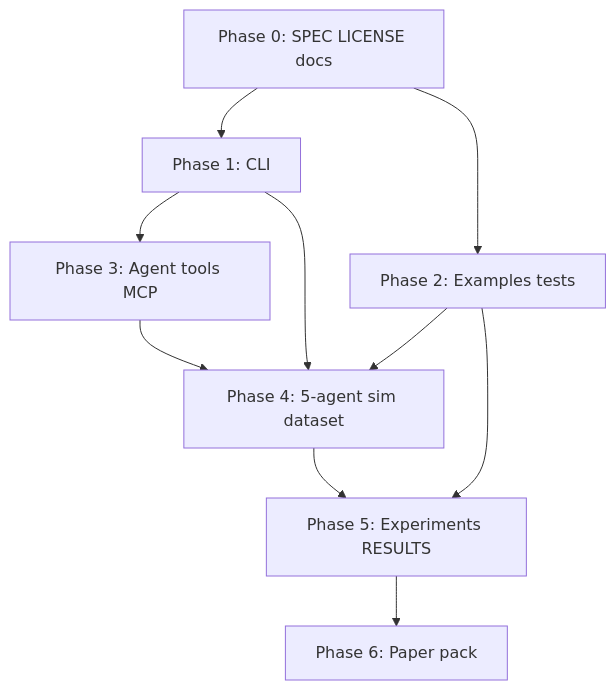
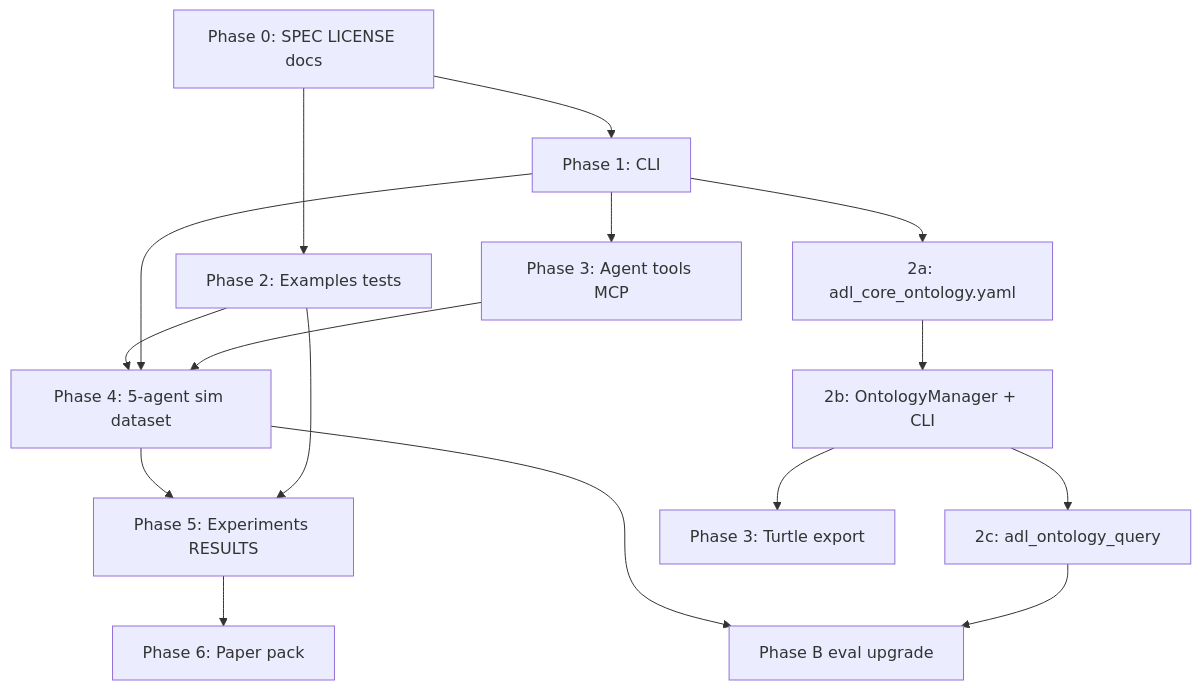
The diagram in docs/IMPLEMENTATION_PLAN.md (sunnyang1/adl-lite), drawn with Mermaid before and after one commit. The commit also changed other lines of this file and 41 other files, not shown here.

````diff
--- a/docs/IMPLEMENTATION_PLAN.md
+++ b/docs/IMPLEMENTATION_PLAN.md
@@ -229,20 +420,34 @@
 ```mermaid
 flowchart TD
   P0[Phase 0: SPEC LICENSE docs]
   P1[Phase 1: CLI]
   P2[Phase 2: Examples tests]
   P3[Phase 3: Agent tools MCP]
   P4[Phase 4: 5-agent sim dataset]
   P5[Phase 5: Experiments RESULTS]
   P6[Phase 6: Paper pack]
 
+  O2a[2a: adl_core_ontology.yaml]
+  O2b[2b: OntologyManager + CLI]
+  O2c[2c: adl_ontology_query]
+  O3[Phase 3: Turtle export]
+
+  PB[Phase B eval upgrade]
+
   P0 --> P1
   P0 --> P2
   P1 --> P3
   P2 --> P4
   P1 --> P4
   P3 --> P4
   P4 --> P5
   P5 --> P6
   P2 --> P5
+
+  P1 --> O2a
+  O2a --> O2b
+  O2b --> O2c
+  O2b --> O3
+  P4 --> PB
+  O2c --> PB
 ```
````
